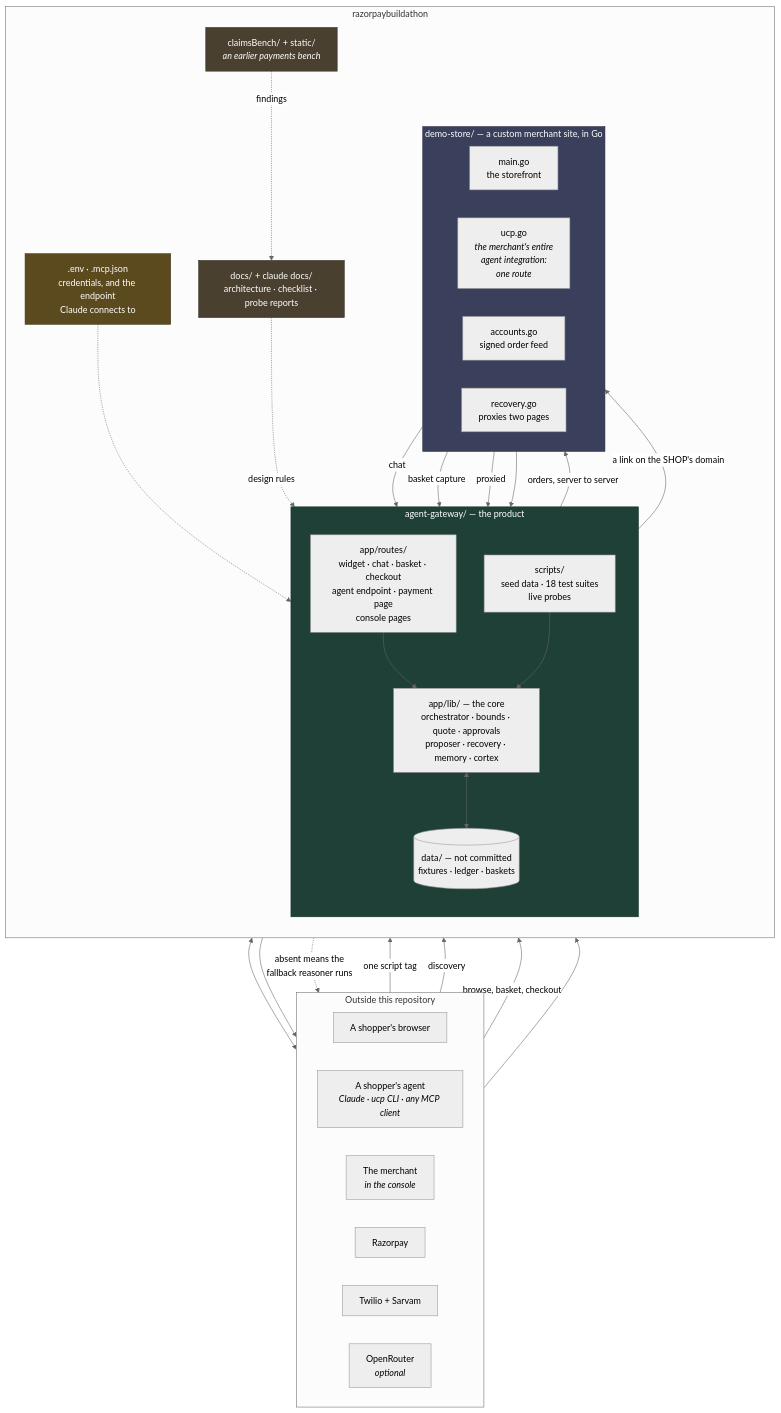
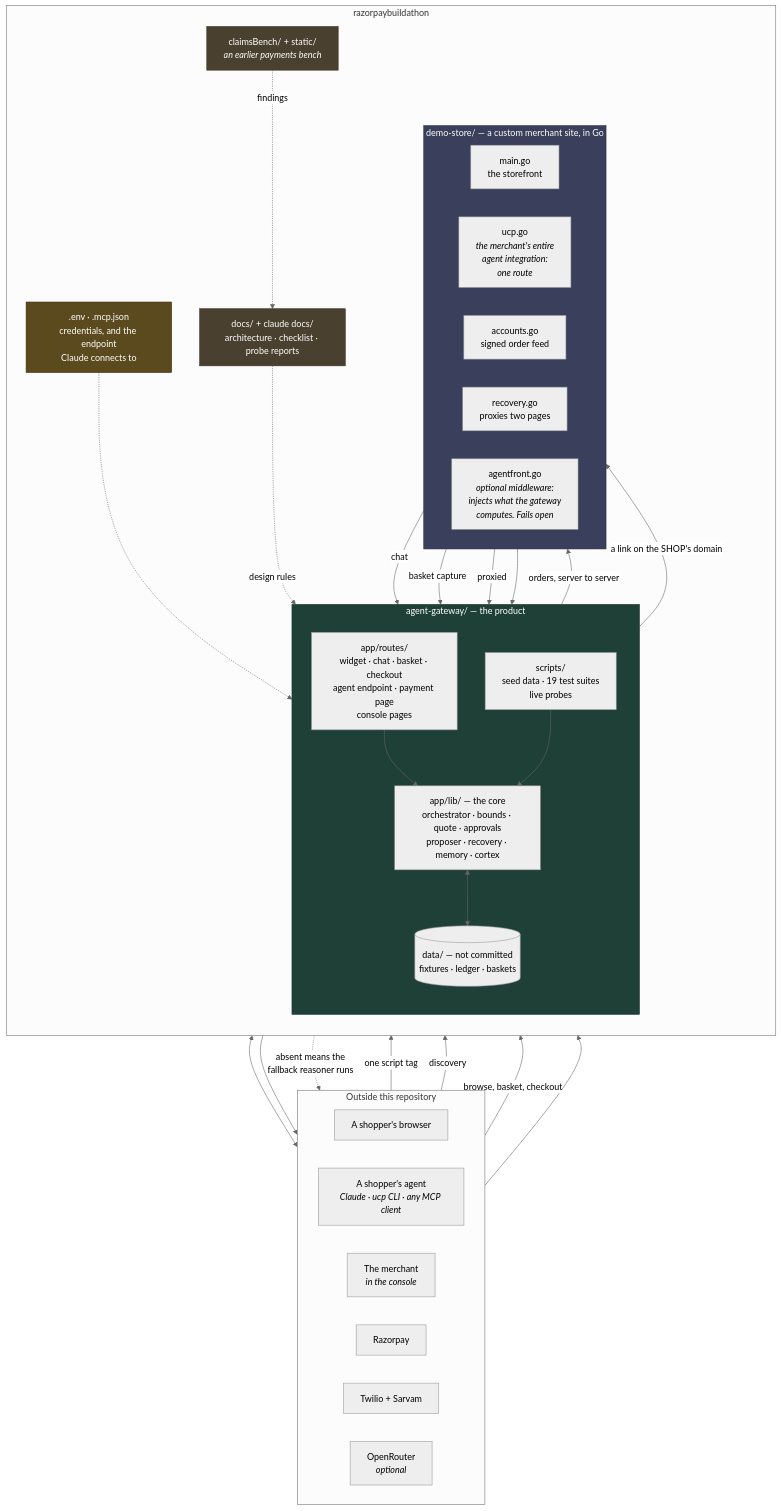
The first of 2 diagrams in README.md (supersanchayrx/RazorPay-Buildathon), drawn with Mermaid (neutral theme) before and after one commit. The commit also changed other lines of this file and 14 other files, not shown here.

````diff
--- a/README.md
+++ b/README.md
@@ -58,62 +58,63 @@
 ```mermaid
 flowchart TB
     subgraph OUT ["Outside this repository"]
         direction LR
         BROWSER["A shopper's browser"]
         AGENT["A shopper's agent<br/><i>Claude · ucp CLI · any MCP client</i>"]
         MERCH["The merchant<br/><i>in the console</i>"]
         RZP["Razorpay"]
         TW["Twilio + Sarvam"]
         ORT["OpenRouter<br/><i>optional</i>"]
     end
 
     subgraph ROOT ["razorpaybuildathon"]
         direction TB
 
         subgraph GW ["agent-gateway/ — the product"]
             direction TB
             ROUTES["app/routes/<br/>widget · chat · basket · checkout<br/>agent endpoint · payment page<br/>console pages"]
             LIB["app/lib/ — the core<br/>orchestrator · bounds · quote · approvals<br/>proposer · recovery · memory · cortex"]
-            SCRIPTS["scripts/<br/>seed data · 18 test suites<br/>live probes"]
+            SCRIPTS["scripts/<br/>seed data · 19 test suites<br/>live probes"]
             DATA[("data/ — not committed<br/>fixtures · ledger · baskets")]
             ROUTES --> LIB
             SCRIPTS --> LIB
             LIB <--> DATA
         end
 
         subgraph DS ["demo-store/ — a custom merchant site, in Go"]
             direction LR
             STORE["main.go<br/>the storefront"]
             UCPGO["ucp.go<br/><i>the merchant's entire<br/>agent integration:<br/>one route</i>"]
             ACC["accounts.go<br/>signed order feed"]
             RECGO["recovery.go<br/>proxies two pages"]
+            AFGO["agentfront.go<br/><i>optional middleware:<br/>injects what the gateway<br/>computes. Fails open</i>"]
         end
 
         DOCS["docs/ + claude docs/<br/>architecture · checklist · probe reports"]
         BENCH["claimsBench/ + static/<br/><i>an earlier payments bench</i>"]
         ENVF[".env · .mcp.json<br/>credentials, and the endpoint<br/>Claude connects to"]
     end
 
     BROWSER -->|"one script tag"| STORE
     STORE -->|"chat"| ROUTES
     STORE -->|"basket capture"| ROUTES
     AGENT -->|"discovery"| UCPGO
     UCPGO -->|"proxied"| ROUTES
     AGENT -->|"browse, basket, checkout"| ROUTES
     MERCH --> ROUTES
     ROUTES -->|"orders, server to server"| ACC
     ROUTES -->|"a link on the SHOP's domain"| RECGO
     RECGO --> ROUTES
     LIB <--> RZP
     LIB --> TW
     LIB -.->|"absent means the<br/>fallback reasoner runs"| ORT
     ENVF -.-> LIB
     BENCH -.->|"findings"| DOCS
     DOCS -.->|"design rules"| LIB
 
     style GW fill:#1f4037,stroke:#143029,color:#fff
     style DS fill:#3a3f5c,stroke:#272b40,color:#fff
     style DOCS fill:#4a4030,stroke:#332c21,color:#fff
     style BENCH fill:#4a4030,stroke:#332c21,color:#fff
     style ENVF fill:#5c4a1f,stroke:#3d3115,color:#fff
 ```
````
